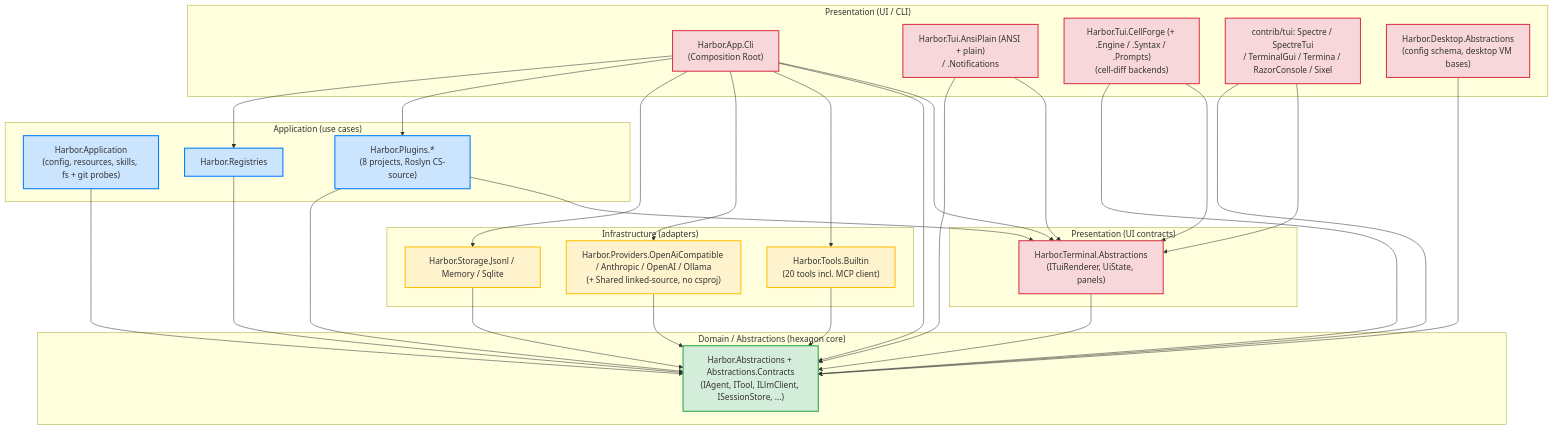
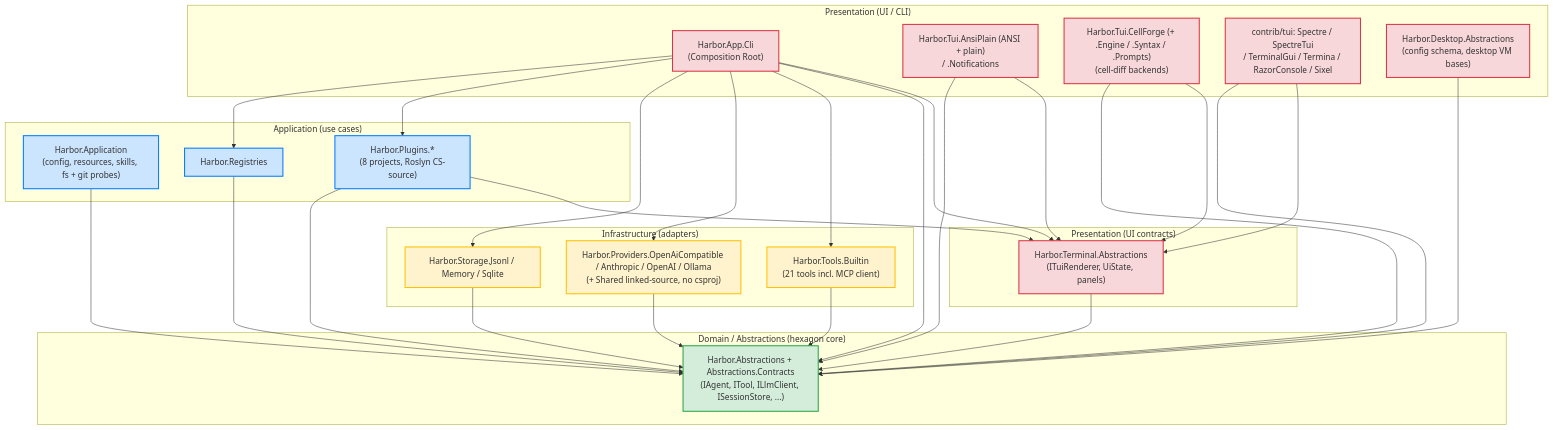
Before and after one commit to refusedguy/Harbor-Harness: the diagram in docs/ARCHITECTURE_LAYERS.md, drawn with Mermaid. The commit also changed other lines of this file and 32 other files, not shown here.

````diff
--- a/docs/ARCHITECTURE_LAYERS.md
+++ b/docs/ARCHITECTURE_LAYERS.md
@@ -337,68 +337,68 @@
 ```mermaid
 flowchart TB
     subgraph Pres["Presentation (UI / CLI)"]
         Cli["Harbor.App.Cli<br/>(Composition Root)"]
         TuiAnsi["Harbor.Tui.AnsiPlain (ANSI + plain)<br/>/ .Notifications"]
         TuiConsoleEx["Harbor.Tui.CellForge (+ .Engine / .Syntax / .Prompts)<br/>(cell-diff backends)"]
         TuiContrib["contrib/tui: Spectre / SpectreTui<br/>/ TerminalGui / Termina / RazorConsole / Sixel"]
         DesktopAbs["Harbor.Desktop.Abstractions<br/>(config schema, desktop VM bases)"]
     end
 
     subgraph App["Application (use cases)"]
         AppLayer["Harbor.Application<br/>(config, resources, skills, fs + git probes)"]
         Core["Harbor.Registries"]
         Plugins["Harbor.Plugins.*<br/>(8 projects, Roslyn CS-source)"]
     end
 
     subgraph Infra["Infrastructure (adapters)"]
         Storage["Harbor.Storage.Jsonl / Memory / Sqlite"]
         Providers["Harbor.Providers.OpenAiCompatible / Anthropic / OpenAI / Ollama<br/>(+ Shared linked-source, no csproj)"]
-        Tools["Harbor.Tools.Builtin<br/>(20 tools incl. MCP client)"]
+        Tools["Harbor.Tools.Builtin<br/>(21 tools incl. MCP client)"]
     end
 
     subgraph Domain["Domain / Abstractions (hexagon core)"]
         Abs["Harbor.Abstractions + Abstractions.Contracts<br/>(IAgent, ITool, ILlmClient, ISessionStore, ...)"]
     end
 
     subgraph UiPres["Presentation (UI contracts)"]
         TuiAbs["Harbor.Terminal.Abstractions<br/>(ITuiRenderer, UiState, panels)"]
     end
 
     Cli --> Core
     Cli --> Plugins
     Cli --> Storage
     Cli --> Providers
     Cli --> Tools
     Cli --> Abs
     Cli --> TuiAbs
 
     DesktopAbs --> Abs
 
     TuiAnsi --> Abs
     TuiAnsi --> TuiAbs
     TuiConsoleEx --> Abs
     TuiConsoleEx --> TuiAbs
     TuiContrib --> Abs
     TuiContrib --> TuiAbs
 
     AppLayer --> Abs
     Core --> Abs
     Plugins --> Abs
     Plugins --> TuiAbs
 
     Storage --> Abs
     Providers --> Abs
     Tools --> Abs
 
     TuiAbs --> Abs
 
     classDef domain fill:#d4edda,stroke:#28a745,stroke-width:2px
     classDef app fill:#cce5ff,stroke:#007bff,stroke-width:2px
     classDef infra fill:#fff3cd,stroke:#ffc107,stroke-width:2px
     classDef pres fill:#f8d7da,stroke:#dc3545,stroke-width:2px
 
     class Abs domain
     class AppLayer,Core,Plugins app
     class Storage,Providers,Tools infra
     class Cli,TuiAnsi,TuiConsoleEx,TuiContrib,DesktopAbs,TuiAbs pres
 ```
````
